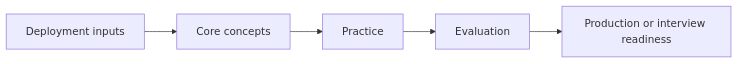
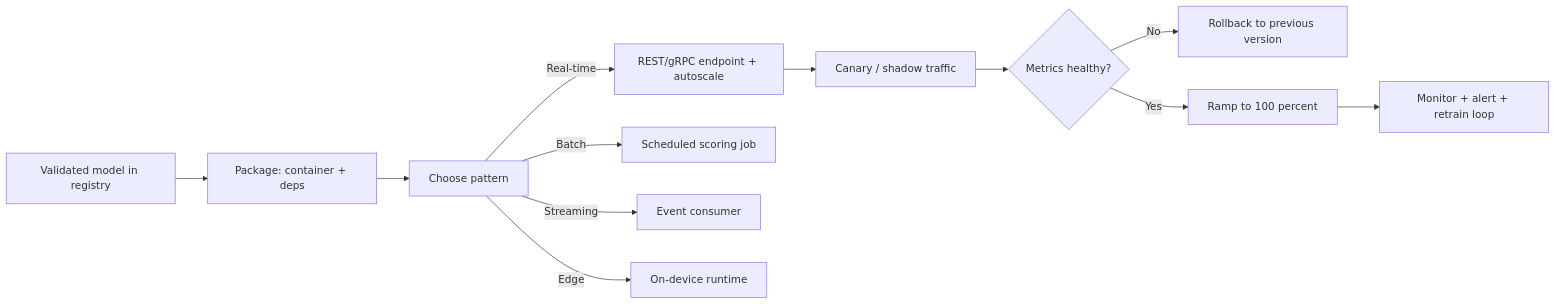
Before and after one commit to Icon1cc/Machine-Learning: the diagram in diagrams/25-deployment.mmd, drawn with Mermaid. The commit also changed 118 other files, not shown here.

```diff
--- a/diagrams/25-deployment.mmd
+++ b/diagrams/25-deployment.mmd
@@ -1,5 +1,12 @@
 flowchart LR
-    A[Deployment inputs] --> B[Core concepts]
-    B --> C[Practice]
-    C --> D[Evaluation]
-    D --> E[Production or interview readiness]
+    A[Validated model in registry] --> B[Package: container + deps]
+    B --> C[Choose pattern]
+    C -- Real-time --> D[REST/gRPC endpoint + autoscale]
+    C -- Batch --> E[Scheduled scoring job]
+    C -- Streaming --> F[Event consumer]
+    C -- Edge --> G[On-device runtime]
+    D --> H[Canary / shadow traffic]
+    H --> I{Metrics healthy?}
+    I -- No --> J[Rollback to previous version]
+    I -- Yes --> K[Ramp to 100 percent]
+    K --> L[Monitor + alert + retrain loop]
```
